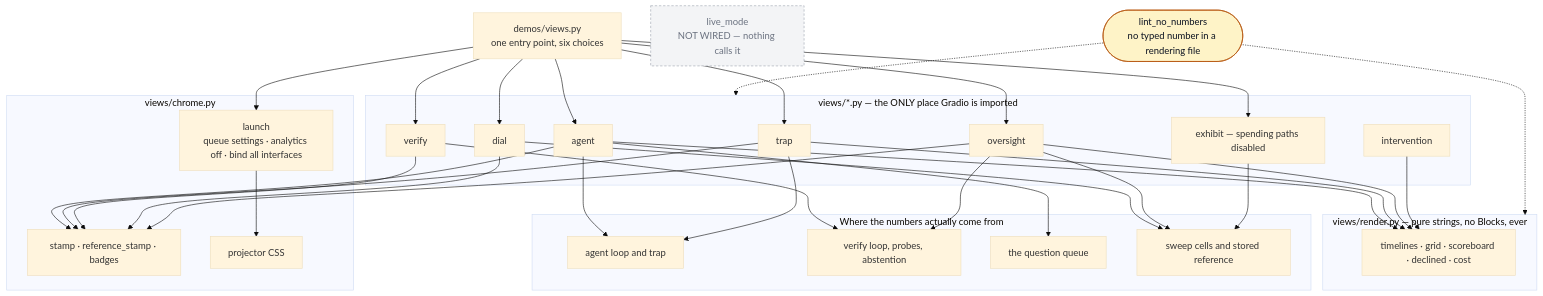
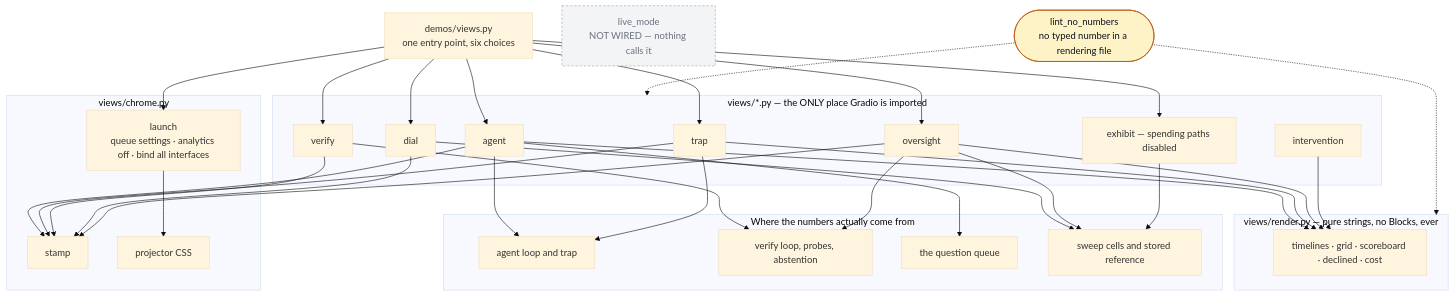
One commit to ANI-IN/loop-engineering changed the diagram in demos/ONBOARDING-views.md. Above: the diagram before and after it, drawn with Mermaid (base theme). The commit also changed other lines of this file and 10 other files, not shown here.

````diff
--- a/demos/ONBOARDING-views.md
+++ b/demos/ONBOARDING-views.md
@@ -134,62 +134,62 @@
 ```mermaid
 flowchart TB
     CLI["demos/views.py<br/>one entry point, six choices"]
 
     subgraph screens["views/*.py — the ONLY place Gradio is imported"]
         AG["agent"]
         TR["trap"]
         VE["verify"]
         DI["dial"]
         OV["oversight"]
         EX["exhibit — spending paths disabled"]
         IN["intervention"]
     end
 
     subgraph pure["views/render.py — pure strings, no Blocks, ever"]
         RD["timelines · grid · scoreboard · declined · cost"]
     end
 
     subgraph furniture["views/chrome.py"]
-        ST["stamp · reference_stamp · badges"]
+        ST["stamp"]
         CSS["projector CSS"]
         LA["launch<br/>queue settings · analytics off · bind all interfaces"]
     end
 
     subgraph upstream["Where the numbers actually come from"]
         LONE["agent loop and trap"]
         LTWO["verify loop, probes, abstention"]
         LTHREE["the question queue"]
         LFOUR["sweep cells and stored reference"]
     end
 
     GUARD["live_mode<br/>NOT WIRED — nothing calls it"]
     LINT(["lint_no_numbers<br/>no typed number in a rendering file"])
 
     CLI --> AG & TR & VE & DI & OV & EX
     AG --> RD
     TR --> RD
     OV --> RD
     IN --> RD
     AG --> ST
     TR --> ST
     VE --> ST
     DI --> ST
     OV --> ST
     LA --> CSS
     CLI --> LA
     AG --> LONE
     TR --> LONE
     VE --> LTWO
     OV --> LTWO
     AG --> LTHREE
     DI --> LFOUR
     OV --> LFOUR
     EX --> LFOUR
     LINT -.-> screens
     LINT -.-> pure
 
     classDef gate fill:#fef3c7,stroke:#b45309,color:#0b1220;
     classDef dead fill:#f3f4f6,stroke:#9ca3af,color:#6b7280,stroke-dasharray:4 3;
     class LINT gate;
     class GUARD dead;
 ```
````
